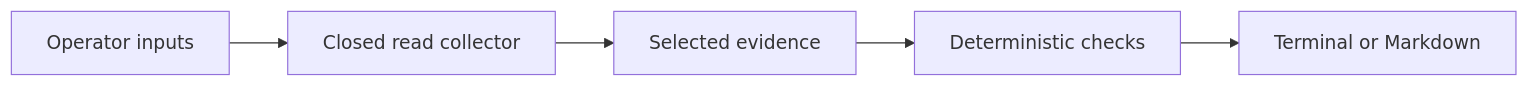
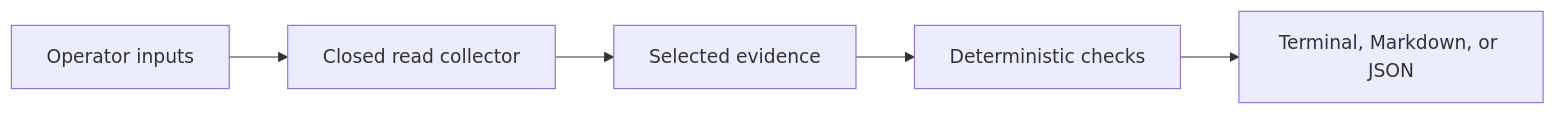
One commit to wmstipes/The-Foundry-Initiative changed the second of 2 diagrams in docs/architecture.md. Above: the diagram before and after it, drawn with Mermaid. The commit also changed other lines of this file and 13 other files, not shown here.

````diff
--- a/docs/architecture.md
+++ b/docs/architecture.md
@@ -153,7 +153,7 @@
 ```mermaid
 flowchart LR
     Operator["Operator inputs"] --> Collector["Closed read collector"]
     Collector --> Normalize["Selected evidence"]
     Normalize --> Evaluate["Deterministic checks"]
-    Evaluate --> Render["Terminal or Markdown"]
+    Evaluate --> Render["Terminal, Markdown, or JSON"]
 ```
````
